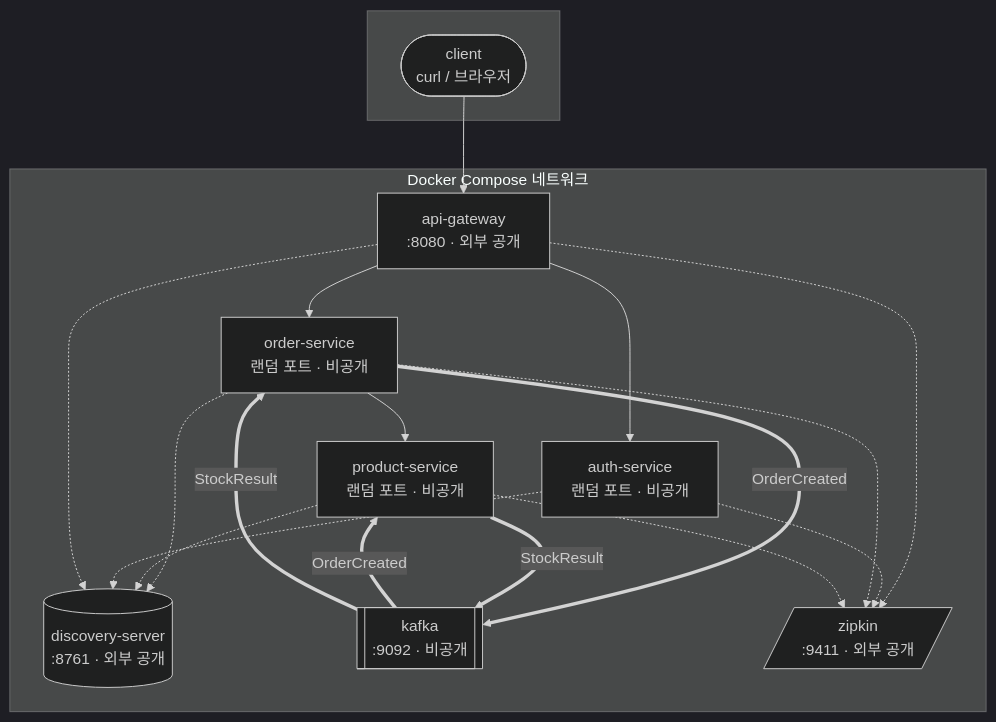
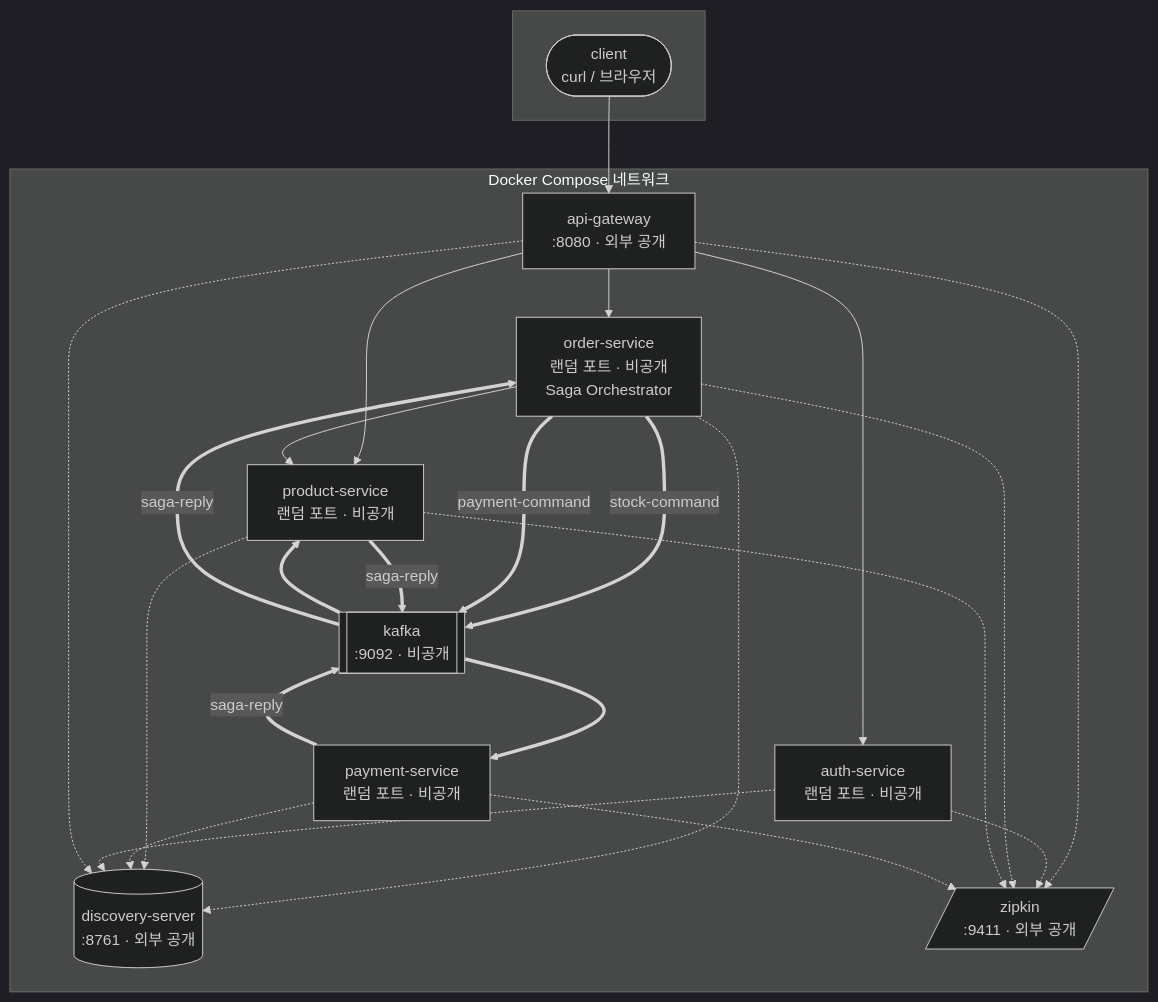
Before and after one commit to Jin-dev92/springboot-simple-msa: the first of 23 diagrams in docs/msa-learning-note.md, drawn with Mermaid (dark theme). The commit also changed other lines of this file and 1 other file, not shown here.

````diff
--- a/docs/msa-learning-note.md
+++ b/docs/msa-learning-note.md
@@ -46,35 +46,42 @@
 ```mermaid
 flowchart TB
     subgraph outside [" "]
         client(["client<br/>curl / 브라우저"])
     end
 
     subgraph net ["Docker Compose 네트워크"]
         gateway["api-gateway<br/>:8080 · 외부 공개"]
         auth["auth-service<br/>랜덤 포트 · 비공개"]
-        order["order-service<br/>랜덤 포트 · 비공개"]
+        order["order-service<br/>랜덤 포트 · 비공개<br/>Saga Orchestrator"]
         product["product-service<br/>랜덤 포트 · 비공개"]
+        payment["payment-service<br/>랜덤 포트 · 비공개"]
         eureka[("discovery-server<br/>:8761 · 외부 공개")]
         kafka[["kafka<br/>:9092 · 비공개"]]
         zipkin[/"zipkin<br/>:9411 · 외부 공개"/]
     end
 
     client --> gateway
     gateway --> auth
     gateway --> order
+    gateway --> product
     order --> product
-    order ==>|"OrderCreated"| kafka
-    kafka ==>|"OrderCreated"| product
-    product ==>|"StockResult"| kafka
-    kafka ==>|"StockResult"| order
+    order ==>|"stock-command"| kafka
+    order ==>|"payment-command"| kafka
+    kafka ==> product
+    kafka ==> payment
+    product ==>|"saga-reply"| kafka
+    payment ==>|"saga-reply"| kafka
+    kafka ==>|"saga-reply"| order
 
     order -.-> eureka
     product -.-> eureka
+    payment -.-> eureka
     auth -.-> eureka
     gateway -.-> eureka
 
     gateway -.-> zipkin
     auth -.-> zipkin
     order -.-> zipkin
     product -.-> zipkin
+    payment -.-> zipkin
 ```
````
